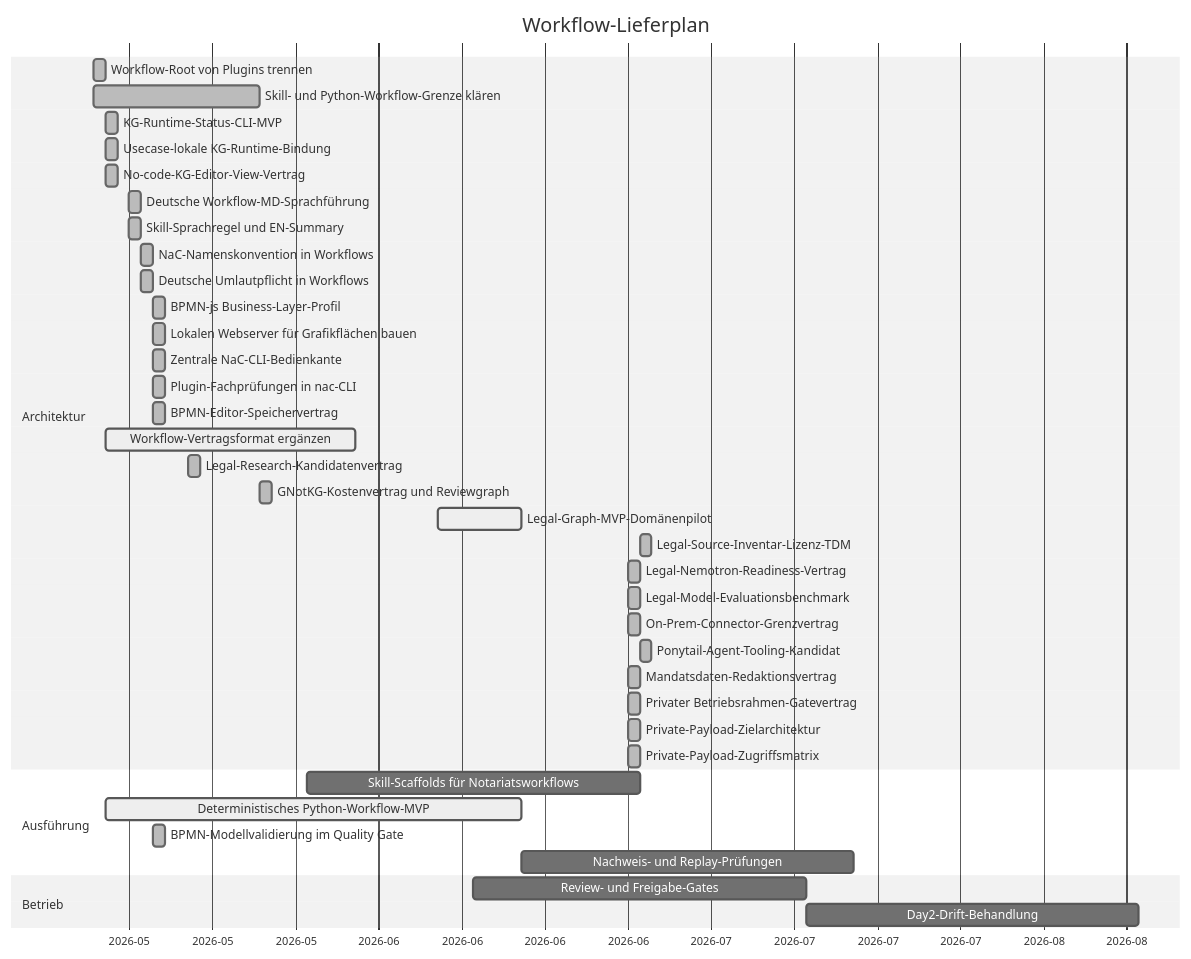
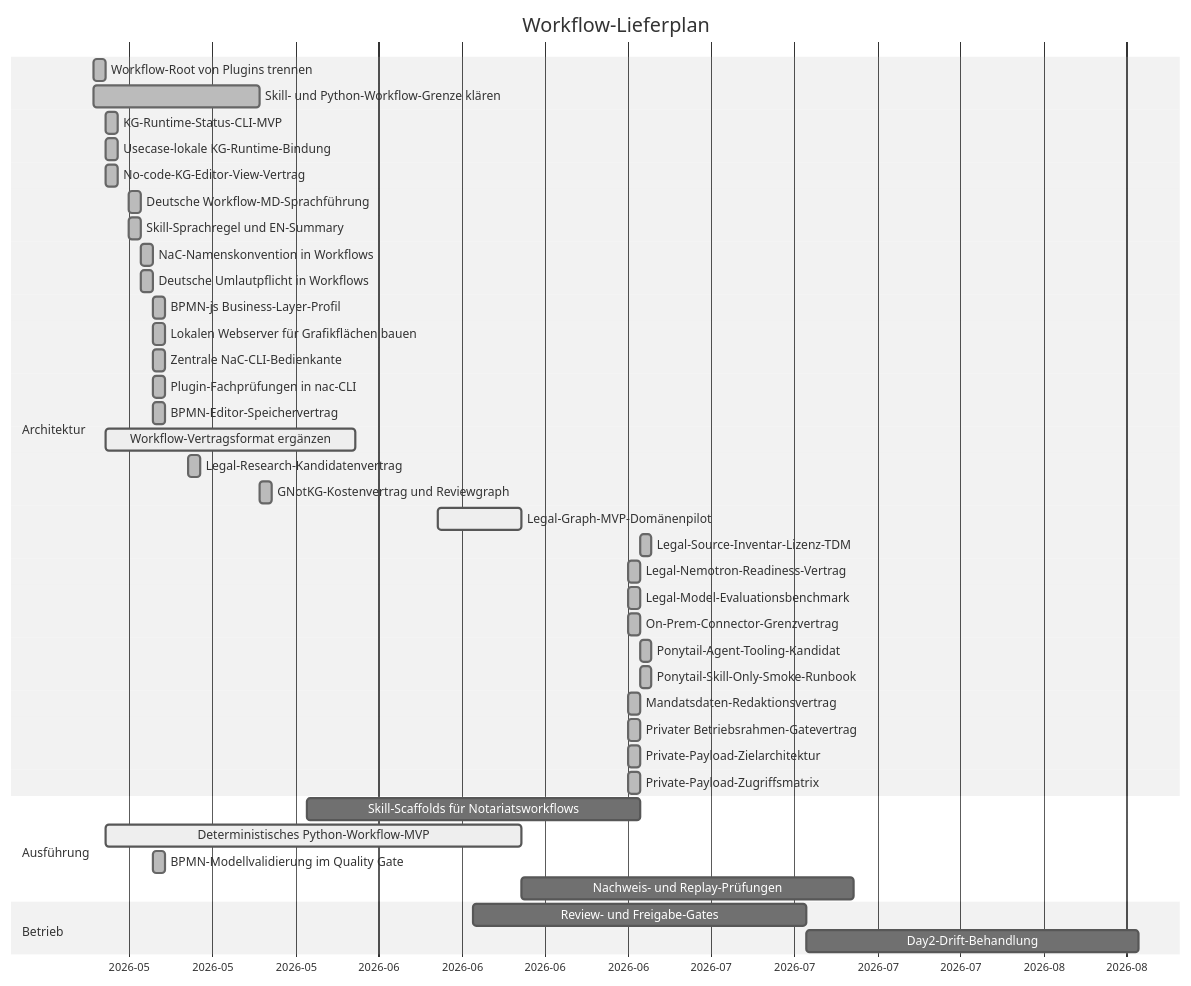
One commit to notariat8/NaC changed the diagram in workflows/GANTT.md. Above: the diagram before and after it, drawn with Mermaid (neutral theme). The commit also changed other lines of this file and 13 other files, not shown here.

Commit message:
Add Ponytail skill-only smoke runbook

````diff
--- a/workflows/GANTT.md
+++ b/workflows/GANTT.md
@@ -5,45 +5,46 @@
 ```mermaid
 gantt
     title Workflow-Lieferplan
     dateFormat  YYYY-MM-DD
     axisFormat  %Y-%m
 
     section Architektur
     Workflow-Root von Plugins trennen          :done,   w1, 2026-05-14, 1d
     Skill- und Python-Workflow-Grenze klären  :done,   w2, 2026-05-14, 14d
     KG-Runtime-Status-CLI-MVP                  :done,   w3, 2026-05-15, 1d
     Usecase-lokale KG-Runtime-Bindung          :done,   w3a, 2026-05-15, 1d
     No-code-KG-Editor-View-Vertrag             :done,   w4a, 2026-05-15, 1d
     Deutsche Workflow-MD-Sprachführung        :done,   w4b, 2026-05-17, 1d
     Skill-Sprachregel und EN-Summary            :done,   w4c, 2026-05-17, 1d
     NaC-Namenskonvention in Workflows           :done,   w4d, 2026-05-18, 1d
     Deutsche Umlautpflicht in Workflows         :done,   w4e, 2026-05-18, 1d
     BPMN-js Business-Layer-Profil               :done,   w4f, 2026-05-19, 1d
     Lokalen Webserver für Grafikflächen bauen  :done,   w4g, 2026-05-19, 1d
     Zentrale NaC-CLI-Bedienkante                :done,   w4h, 2026-05-19, 1d
     Plugin-Fachprüfungen in nac-CLI             :done,   w4i, 2026-05-19, 1d
     BPMN-Editor-Speichervertrag                 :done,   w4j, 2026-05-19, 1d
     Workflow-Vertragsformat ergänzen          :active, w4, 2026-05-15, 21d
     Legal-Research-Kandidatenvertrag           :done,   w4k, 2026-05-22, 1d
     GNotKG-Kostenvertrag und Reviewgraph        :done,   w4l, 2026-05-28, 1d
     Legal-Graph-MVP-Domänenpilot              :active, w4m, 2026-06-12, 7d
     Legal-Source-Inventar-Lizenz-TDM           :done,   w4u, 2026-06-29, 1d
     Legal-Nemotron-Readiness-Vertrag            :done,   w4s, 2026-06-28, 1d
     Legal-Model-Evaluationsbenchmark           :done,   w4t, 2026-06-28, 1d
     On-Prem-Connector-Grenzvertrag            :done,   w4n, 2026-06-28, 1d
     Ponytail-Agent-Tooling-Kandidat            :done,   w4v, 2026-06-29, 1d
+    Ponytail-Skill-Only-Smoke-Runbook          :done,   w4w, 2026-06-29, 1d
     Mandatsdaten-Redaktionsvertrag             :done,   w4o, 2026-06-28, 1d
     Privater Betriebsrahmen-Gatevertrag        :done,   w4p, 2026-06-28, 1d
     Private-Payload-Zielarchitektur            :done,   w4q, 2026-06-28, 1d
     Private-Payload-Zugriffsmatrix             :done,   w4r, 2026-06-28, 1d
 
     section Ausführung
     Skill-Scaffolds für Notariatsworkflows    :        w5, 2026-06-01, 28d
     Deterministisches Python-Workflow-MVP      :active, w6, 2026-05-15, 35d
     BPMN-Modellvalidierung im Quality Gate      :done,   w6a, 2026-05-19, 1d
     Nachweis- und Replay-Prüfungen            :        w7, after w6, 28d
 
     section Betrieb
     Review- und Freigabe-Gates                 :        w8, 2026-06-15, 28d
     Day2-Drift-Behandlung                      :        w9, after w8, 28d
 ```
````
